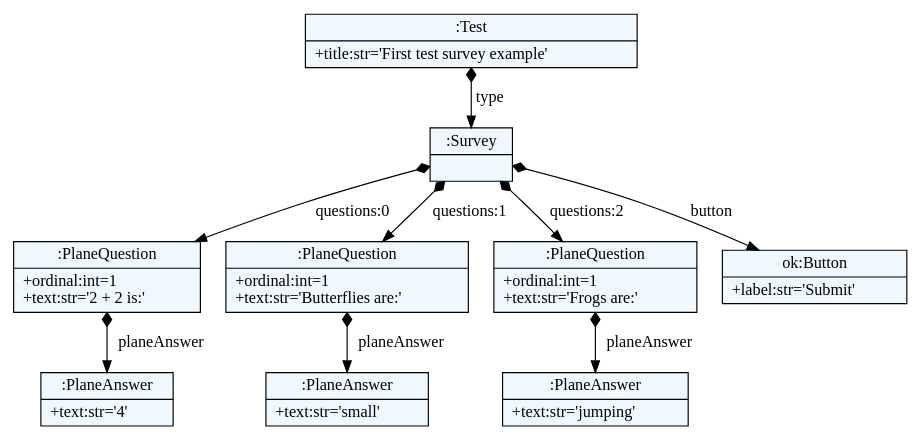
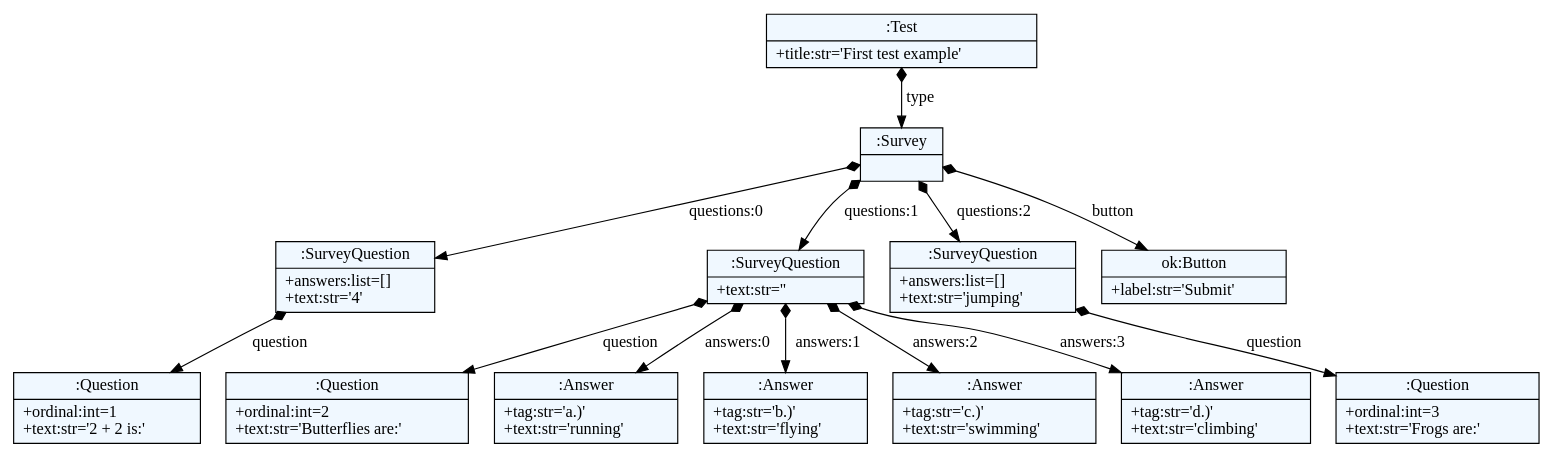
One commit to igen-ftn/quizgen changed the diagram in quiz/example1.dot. Above: the diagram before and after it, drawn with Graphviz. The commit also changed 8 other files, not shown here.

```diff
--- a/quiz/example1.dot
+++ b/quiz/example1.dot
@@ -1,32 +1,40 @@
 
     digraph xtext {
     fontname = "Bitstream Vera Sans"
     fontsize = 8
     node[
         shape=record,
         style=filled,
         fillcolor=aliceblue
     ]
     nodesep = 0.3
     edge[dir=black,arrowtail=empty]
 
 
-140619228502728 -> 140619226738136 [label="type" arrowtail=diamond dir=both]
-140619226738136 -> 140619226736568 [label="questions:0" arrowtail=diamond dir=both]
-140619226736568 -> 140619226735504 [label="planeAnswer" arrowtail=diamond dir=both]
-140619226735504[label="{:PlaneAnswer|+text:str='4'\l}"]
-140619226736568[label="{:PlaneQuestion|+ordinal:int=1\l+text:str='2 + 2 is:'\l}"]
-140619226738136 -> 140619226738584 [label="questions:1" arrowtail=diamond dir=both]
-140619226738584 -> 140619226735168 [label="planeAnswer" arrowtail=diamond dir=both]
-140619226735168[label="{:PlaneAnswer|+text:str='small'\l}"]
-140619226738584[label="{:PlaneQuestion|+ordinal:int=1\l+text:str='Butterflies are:'\l}"]
-140619226738136 -> 140619226735560 [label="questions:2" arrowtail=diamond dir=both]
-140619226735560 -> 140619226735224 [label="planeAnswer" arrowtail=diamond dir=both]
-140619226735224[label="{:PlaneAnswer|+text:str='jumping'\l}"]
-140619226735560[label="{:PlaneQuestion|+ordinal:int=1\l+text:str='Frogs are:'\l}"]
-140619226738136 -> 140619226736512 [label="button" arrowtail=diamond dir=both]
-140619226736512[label="{ok:Button|+label:str='Submit'\l}"]
-140619226738136[label="{:Survey|}"]
-140619228502728[label="{:Test|+title:str='First test survey example'\l}"]
+2153165062328 -> 2153165147888 [label="type" arrowtail=diamond dir=both]
+2153165147888 -> 2153165136224 [label="questions:0" arrowtail=diamond dir=both]
+2153165136224 -> 2153165136392 [label="question" arrowtail=diamond dir=both]
+2153165136392[label="{:Question|+ordinal:int=1\l+text:str='2 + 2 is:'\l}"]
+2153165136224[label="{:SurveyQuestion|+answers:list=[]\l+text:str='4'\l}"]
+2153165147888 -> 2153165136336 [label="questions:1" arrowtail=diamond dir=both]
+2153165136336 -> 2153165136616 [label="question" arrowtail=diamond dir=both]
+2153165136616[label="{:Question|+ordinal:int=2\l+text:str='Butterflies are:'\l}"]
+2153165136336 -> 2153165136728 [label="answers:0" arrowtail=diamond dir=both]
+2153165136728[label="{:Answer|+tag:str='a.)'\l+text:str='running'\l}"]
+2153165136336 -> 2153165136784 [label="answers:1" arrowtail=diamond dir=both]
+2153165136784[label="{:Answer|+tag:str='b.)'\l+text:str='flying'\l}"]
+2153165136336 -> 2153165136952 [label="answers:2" arrowtail=diamond dir=both]
+2153165136952[label="{:Answer|+tag:str='c.)'\l+text:str='swimming'\l}"]
+2153165136336 -> 2153165137120 [label="answers:3" arrowtail=diamond dir=both]
+2153165137120[label="{:Answer|+tag:str='d.)'\l+text:str='climbing'\l}"]
+2153165136336[label="{:SurveyQuestion|+text:str=''\l}"]
+2153165147888 -> 2153165136560 [label="questions:2" arrowtail=diamond dir=both]
+2153165136560 -> 2153165137288 [label="question" arrowtail=diamond dir=both]
+2153165137288[label="{:Question|+ordinal:int=3\l+text:str='Frogs are:'\l}"]
+2153165136560[label="{:SurveyQuestion|+answers:list=[]\l+text:str='jumping'\l}"]
+2153165147888 -> 2153165148112 [label="button" arrowtail=diamond dir=both]
+2153165148112[label="{ok:Button|+label:str='Submit'\l}"]
+2153165147888[label="{:Survey|}"]
+2153165062328[label="{:Test|+title:str='First test example'\l}"]
 
 }
```
